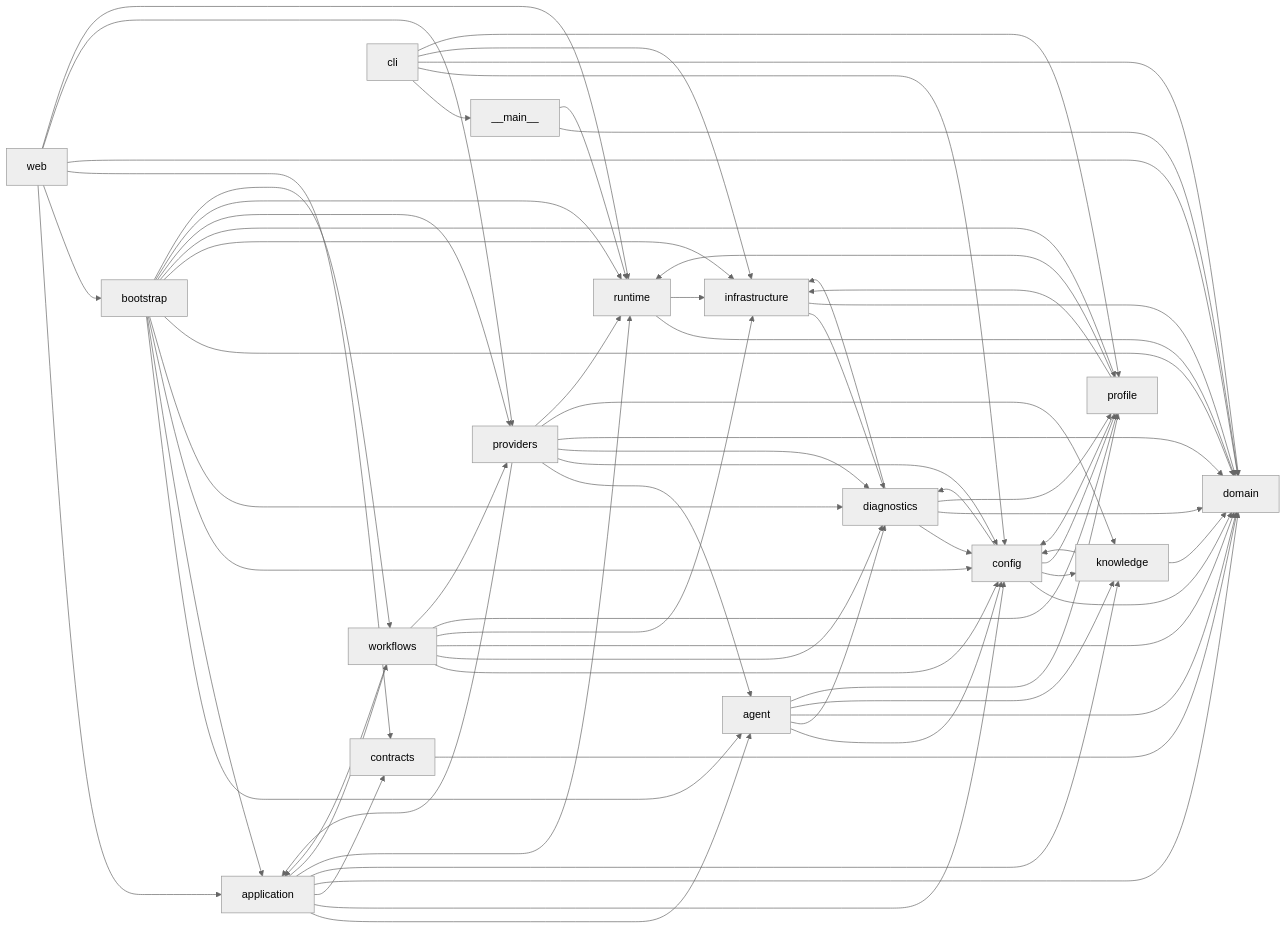
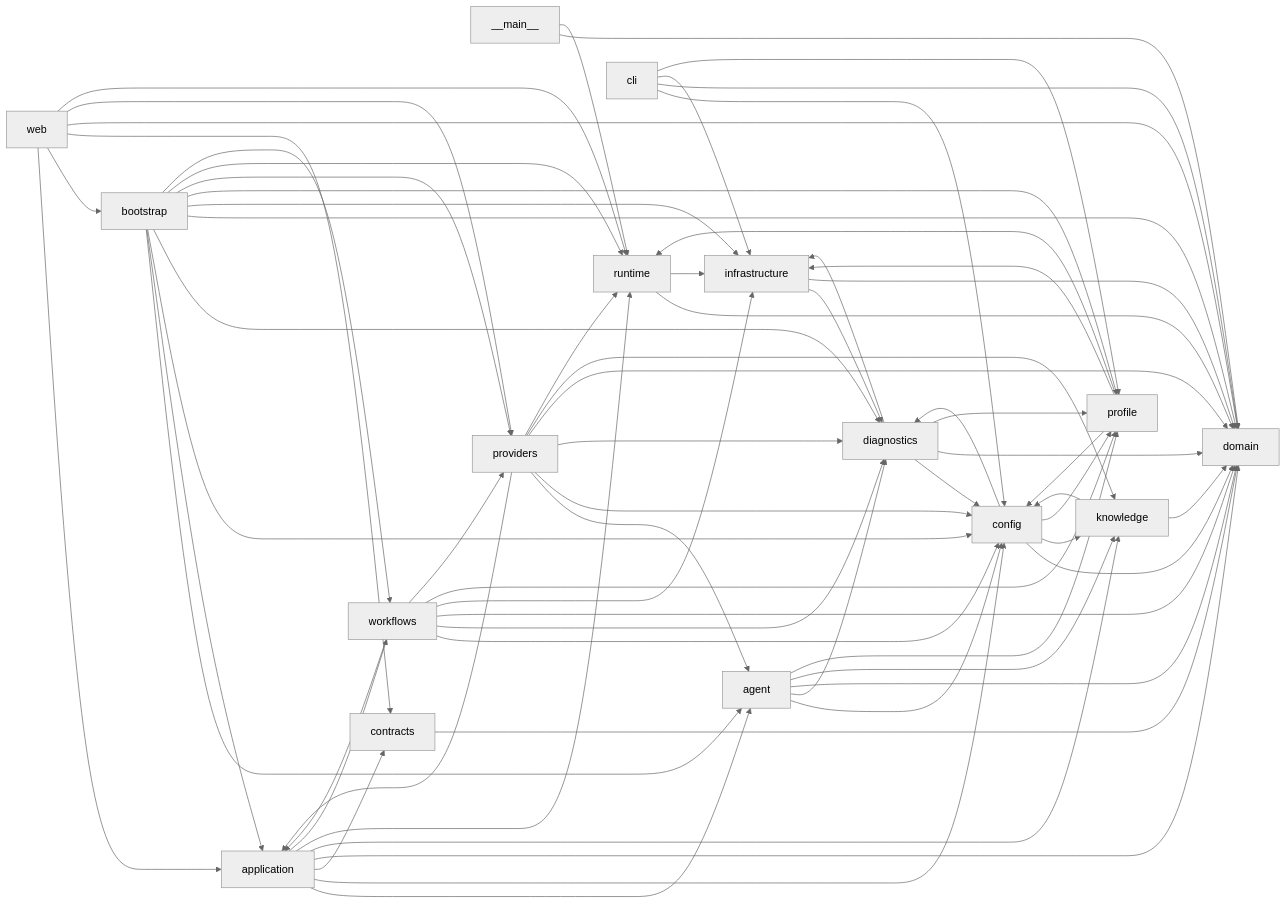
Before and after one commit to meltiseugen/KAI---Klipper-AI-Agent: the diagram in docs/generated/dependencies.mmd, drawn with Mermaid (neutral theme). The commit also changed 617 other files, not shown here.

```diff
--- a/docs/generated/dependencies.mmd
+++ b/docs/generated/dependencies.mmd
@@ -1,69 +1,68 @@
 flowchart LR
     %% Generated import direction: importer --> dependency
     __main__ --> domain
     __main__ --> runtime
     agent --> config
     agent --> diagnostics
     agent --> domain
     agent --> knowledge
     agent --> profile
     application --> agent
     application --> config
     application --> contracts
     application --> domain
     application --> knowledge
     application --> runtime
     application --> workflows
     bootstrap --> agent
     bootstrap --> application
     bootstrap --> config
     bootstrap --> diagnostics
     bootstrap --> domain
     bootstrap --> infrastructure
     bootstrap --> profile
     bootstrap --> providers
     bootstrap --> runtime
     bootstrap --> workflows
-    cli --> __main__
     cli --> config
     cli --> domain
     cli --> infrastructure
     cli --> profile
     config --> diagnostics
     config --> domain
     config --> knowledge
     config --> profile
     contracts --> domain
     diagnostics --> config
     diagnostics --> domain
     diagnostics --> infrastructure
     diagnostics --> profile
     infrastructure --> diagnostics
     infrastructure --> domain
     knowledge --> config
     knowledge --> domain
     profile --> config
     profile --> infrastructure
     profile --> runtime
     providers --> agent
     providers --> application
     providers --> config
     providers --> diagnostics
     providers --> domain
     providers --> knowledge
     providers --> runtime
     runtime --> domain
     runtime --> infrastructure
     web --> application
     web --> bootstrap
     web --> contracts
     web --> domain
     web --> providers
     web --> runtime
     workflows --> application
     workflows --> config
     workflows --> diagnostics
     workflows --> domain
     workflows --> infrastructure
     workflows --> profile
     workflows --> providers
```
